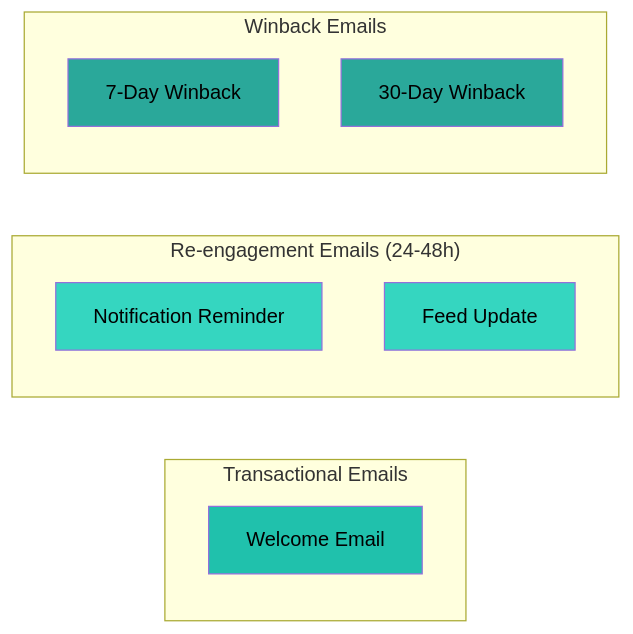
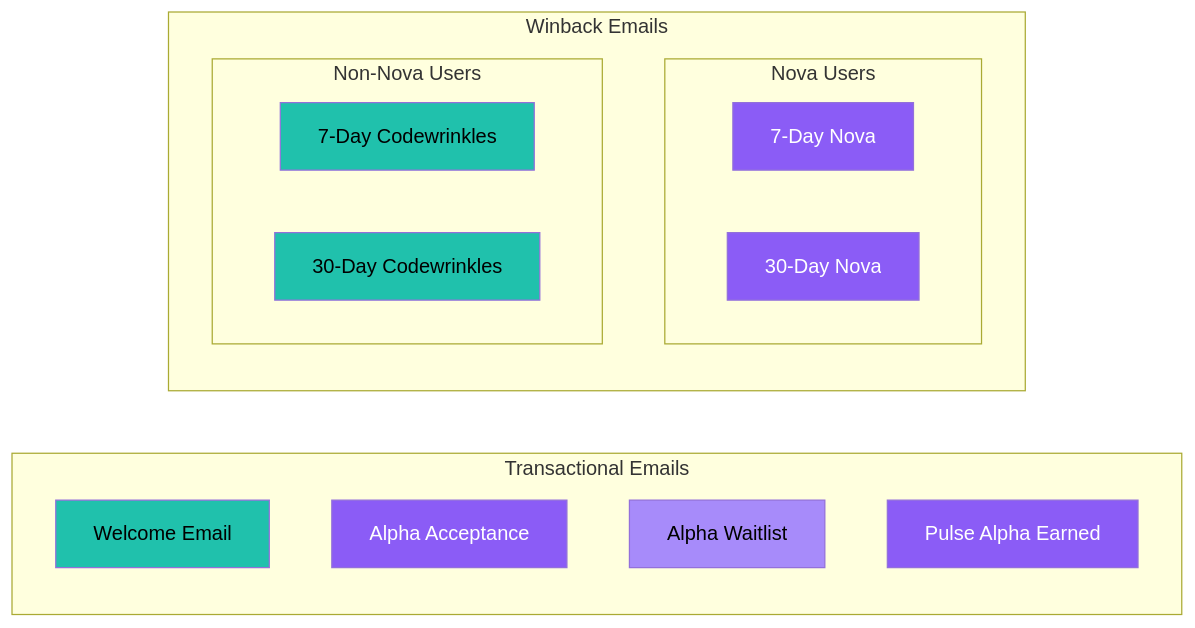
The first of 2 diagrams in docs/features/email/diagrams/email-types.md (Codewrinkles/universe), drawn with Mermaid before and after one commit. The commit also changed other lines of this file and 15 other files, not shown here.

First line of the commit message:
refactor: Simplify email re-engagement to Nova-aware winback system

````diff
--- a/docs/features/email/diagrams/email-types.md
+++ b/docs/features/email/diagrams/email-types.md
@@ -3,22 +3,29 @@
 ```mermaid
 flowchart LR
     subgraph Transactional["Transactional Emails"]
         W[Welcome Email]
-    end
-
-    subgraph ReEngagement["Re-engagement Emails (24-48h)"]
-        N[Notification Reminder]
-        F[Feed Update]
+        AA[Alpha Acceptance]
+        AW[Alpha Waitlist]
+        PAE[Pulse Alpha Earned]
     end
 
     subgraph Winback["Winback Emails"]
-        W7[7-Day Winback]
-        W30[30-Day Winback]
+        subgraph Nova["Nova Users"]
+            N7[7-Day Nova]
+            N30[30-Day Nova]
+        end
+        subgraph CW["Non-Nova Users"]
+            C7[7-Day Codewrinkles]
+            C30[30-Day Codewrinkles]
+        end
     end
 
     style W fill:#20C1AC,color:#000
-    style N fill:#35D6C0,color:#000
-    style F fill:#35D6C0,color:#000
-    style W7 fill:#2AA89A,color:#000
-    style W30 fill:#2AA89A,color:#000
+    style AA fill:#8B5CF6,color:#fff
+    style AW fill:#A78BFA,color:#000
+    style PAE fill:#8B5CF6,color:#fff
+    style N7 fill:#8B5CF6,color:#fff
+    style N30 fill:#8B5CF6,color:#fff
+    style C7 fill:#20C1AC,color:#000
+    style C30 fill:#20C1AC,color:#000
 ```
````
